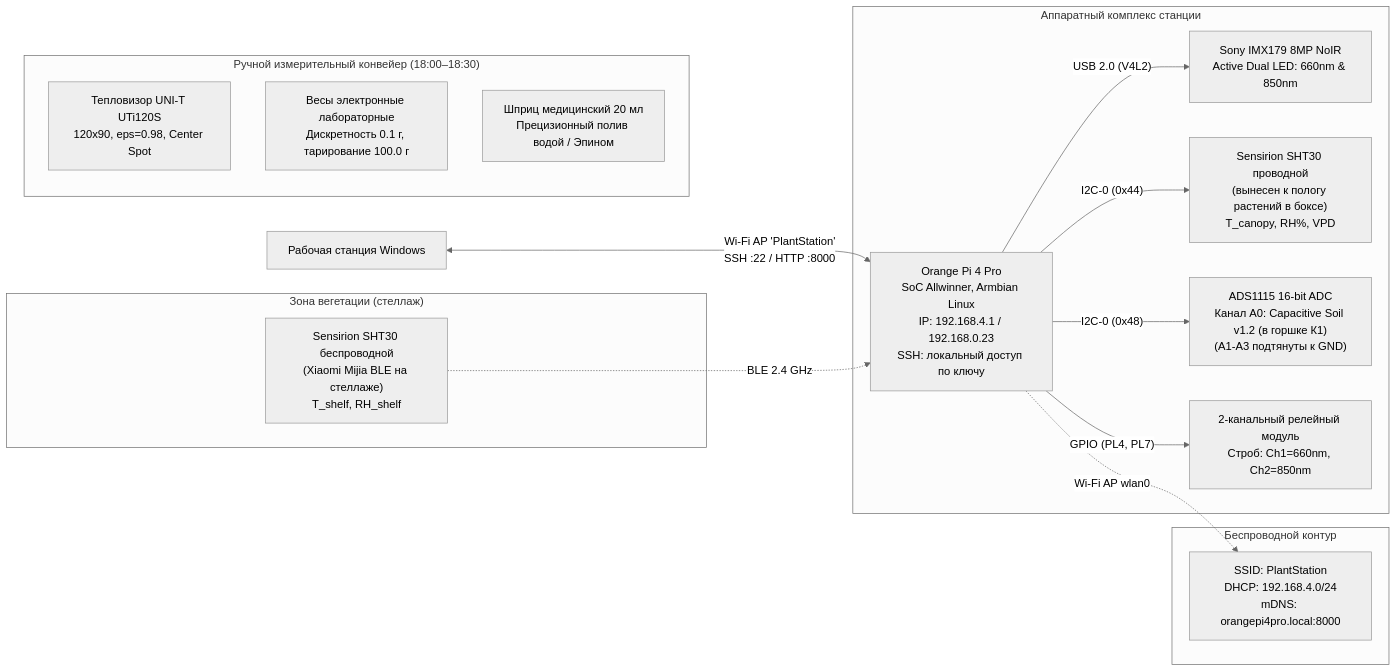
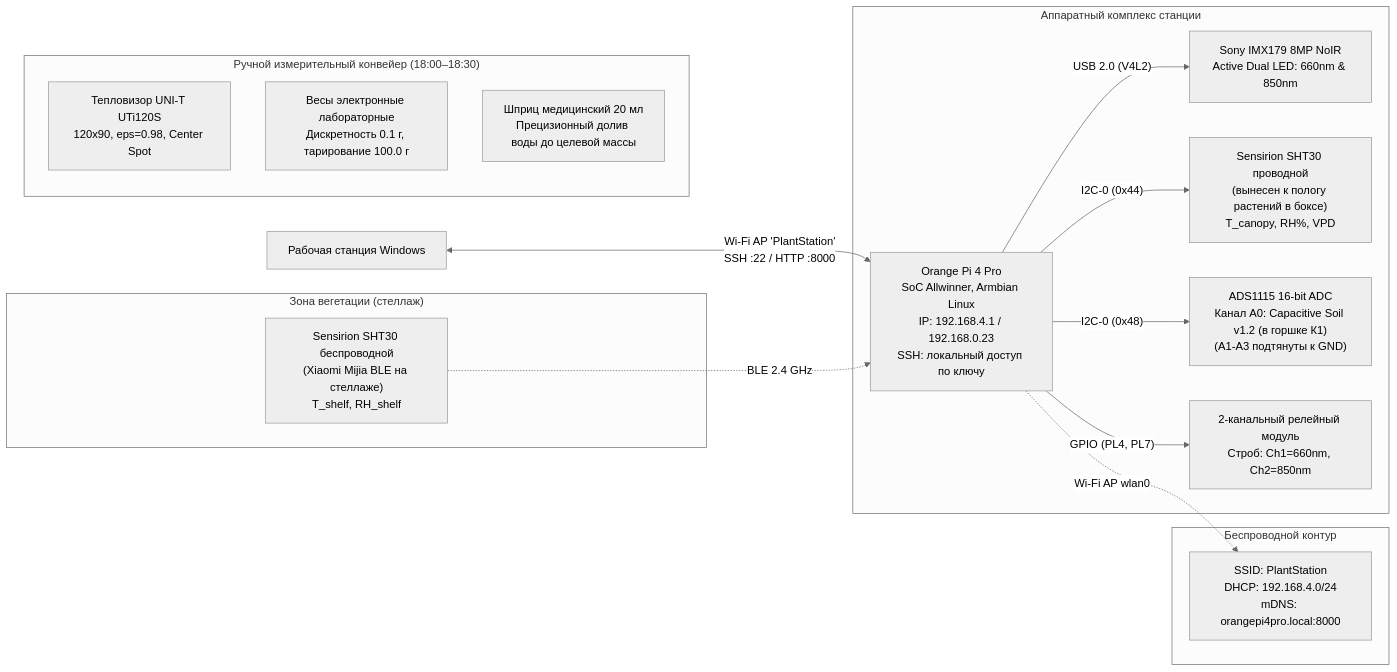
The diagram in docs/wave2/HANDOFF_WAVE2.md (ezicvtumane/plant-stress-ndvi), drawn with Mermaid (neutral theme) before and after one commit. The commit also changed other lines of this file and 19 other files, not shown here.

````diff
--- a/docs/wave2/HANDOFF_WAVE2.md
+++ b/docs/wave2/HANDOFF_WAVE2.md
@@ -48,25 +48,25 @@
 ```mermaid
 flowchart LR
     PC["Рабочая станция Windows"] <-->|"Wi-Fi AP 'PlantStation'<br>SSH :22 / HTTP :8000"| OPi["Orange Pi 4 Pro<br>SoC Allwinner, Armbian Linux<br>IP: 192.168.4.1 / 192.168.0.23<br>SSH: локальный доступ по ключу"]
     
     subgraph OPi_Peripherals["Аппаратный комплекс станции"]
         OPi -->|"USB 2.0 (V4L2)"| CAM["Sony IMX179 8MP NoIR<br>Active Dual LED: 660nm & 850nm"]
         OPi -->|"I2C-0 (0x44)"| SHT_CANOPY["Sensirion SHT30 проводной<br>(вынесен к пологу растений в боксе)<br>T_canopy, RH%, VPD"]
         OPi -->|"I2C-0 (0x48)"| ADC["ADS1115 16-bit ADC<br>Канал A0: Capacitive Soil v1.2 (в горшке К1)<br>(A1-A3 подтянуты к GND)"]
         OPi -->|"GPIO (PL4, PL7)"| RELAY["2-канальный релейный модуль<br>Строб: Ch1=660nm, Ch2=850nm"]
     end
 
     subgraph Shelf_Zone["Зона вегетации (стеллаж)"]
         SHT_SHELF["Sensirion SHT30 беспроводной<br>(Xiaomi Mijia BLE на стеллаже)<br>T_shelf, RH_shelf"] -.->|"BLE 2.4 GHz"| OPi
     end
 
     subgraph Mobile_AP["Беспроводной контур"]
         OPi -.->|"Wi-Fi AP wlan0"| AP["SSID: PlantStation<br>DHCP: 192.168.4.0/24<br>mDNS: orangepi4pro.local:8000"]
     end
 
     subgraph Operator_Hardware["Ручной измерительный конвейер (18:00–18:30)"]
         LWIR["Тепловизор UNI-T UTi120S<br>120x90, eps=0.98, Center Spot"]
         SCALE["Весы электронные лабораторные<br>Дискретность 0.1 г, тарирование 100.0 г"]
-        SYRINGE["Шприц медицинский 20 мл<br>Прецизионный полив водой / Эпином"]
+        SYRINGE["Шприц медицинский 20 мл<br>Прецизионный долив воды до целевой массы"]
     end
 ```
````
